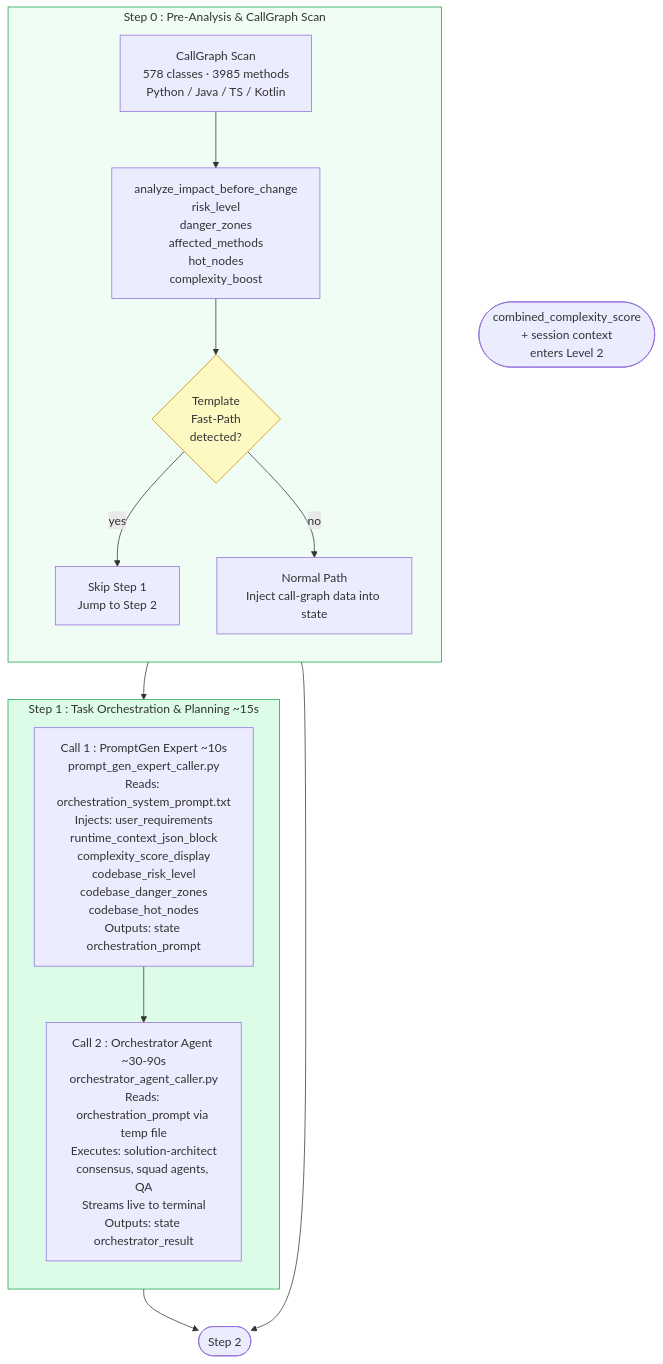
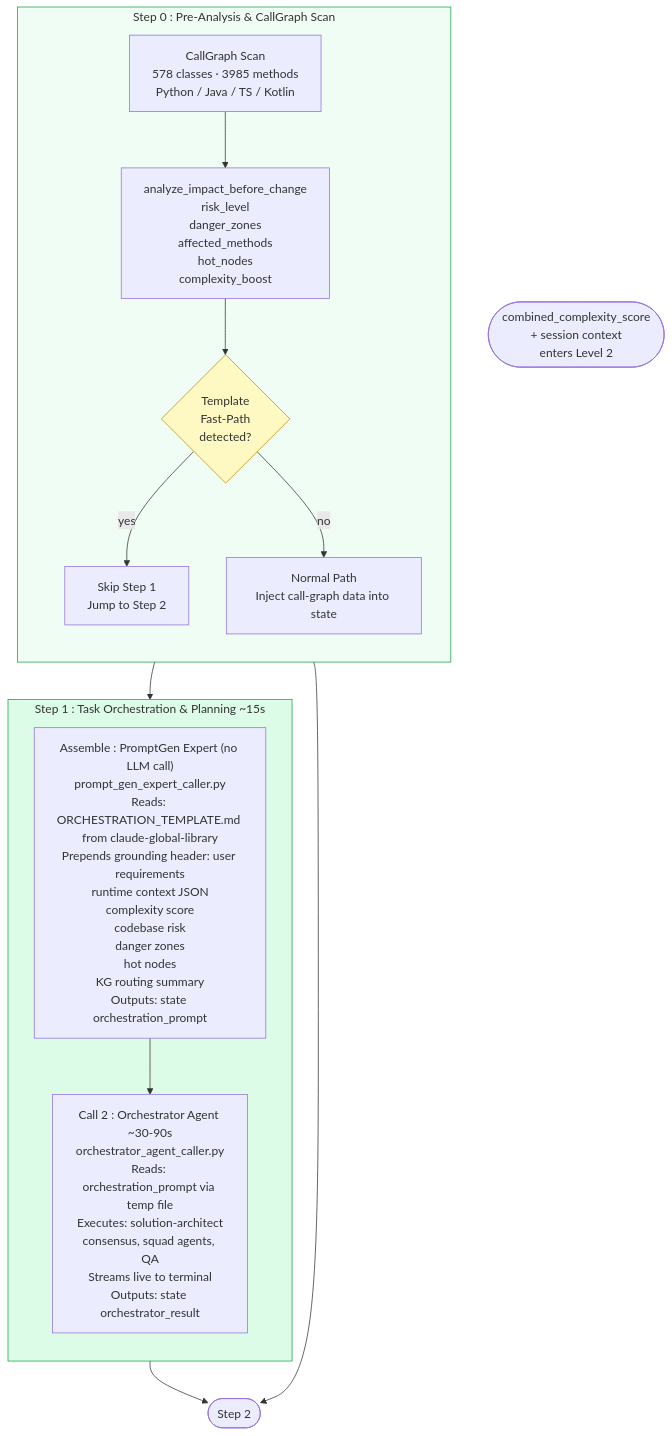
Before and after one commit to piyushmakhija28/claude-insight: the fourth of 10 diagrams in docs/architecture/PIPELINE_ARCHITECTURE.md, drawn with Mermaid. The commit also changed 5 other files, not shown here.

````diff
--- a/docs/architecture/PIPELINE_ARCHITECTURE.md
+++ b/docs/architecture/PIPELINE_ARCHITECTURE.md
@@ -131,31 +131,31 @@
 ```mermaid
 flowchart TD
     IN(["combined_complexity_score\n+ session context\nenters Level 2"])
 
     subgraph P0["Step 0 : Pre-Analysis & CallGraph Scan"]
         direction TB
         CG["CallGraph Scan\n578 classes · 3985 methods\nPython / Java / TS / Kotlin"]
         IA["analyze_impact_before_change\nrisk_level\ndanger_zones\naffected_methods\nhot_nodes\ncomplexity_boost"]
         TFP{Template\nFast-Path\ndetected?}
         FP["Skip Step 1\nJump to Step 2"]
         NP["Normal Path\nInject call-graph data into state"]
         CG --> IA --> TFP
         TFP -- yes --> FP
         TFP -- no  --> NP
     end
 
     subgraph S0["Step 1 : Task Orchestration & Planning  ~15s"]
         direction TB
-        C1["Call 1 : PromptGen Expert ~10s\nprompt_gen_expert_caller.py\nReads: orchestration_system_prompt.txt\nInjects: user_requirements\nruntime_context_json_block\ncomplexity_score_display\ncodebase_risk_level\ncodebase_danger_zones\ncodebase_hot_nodes\nOutputs: state orchestration_prompt"]
+        C1["Assemble : PromptGen Expert (no LLM call)\nprompt_gen_expert_caller.py\nReads: ORCHESTRATION_TEMPLATE.md from claude-global-library\nPrepends grounding header: user requirements\nruntime context JSON\ncomplexity score\ncodebase risk\ndanger zones\nhot nodes\nKG routing summary\nOutputs: state orchestration_prompt"]
         C2["Call 2 : Orchestrator Agent ~30-90s\norchestrator_agent_caller.py\nReads: orchestration_prompt via temp file\nExecutes: solution-architect\nconsensus, squad agents, QA\nStreams live to terminal\nOutputs: state orchestrator_result"]
         C1 --> C2
     end
 
     NP  --> S0
     FP  --> STEP2
     S0  --> STEP2(["Step 2"])
 
     style P0  fill:#f0fdf4,stroke:#16a34a
     style S0  fill:#dcfce7,stroke:#16a34a
     style TFP fill:#fef9c3,stroke:#ca8a04
 ```
````
